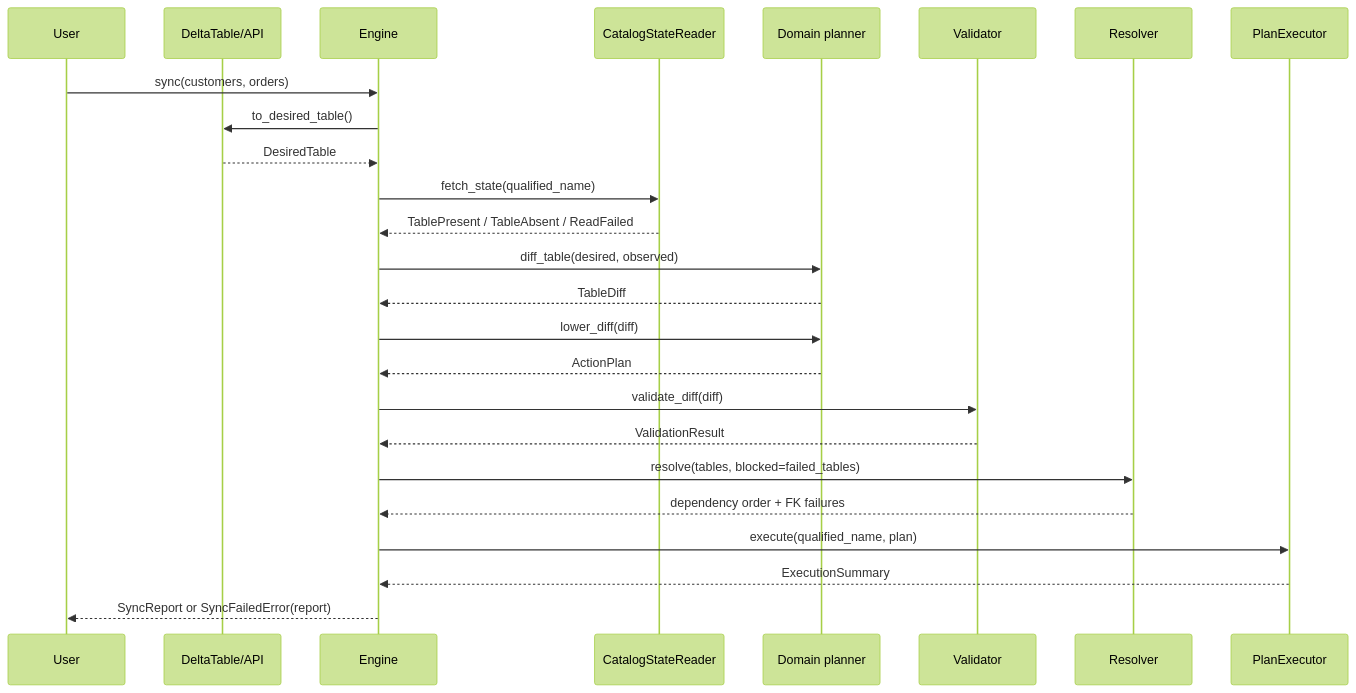
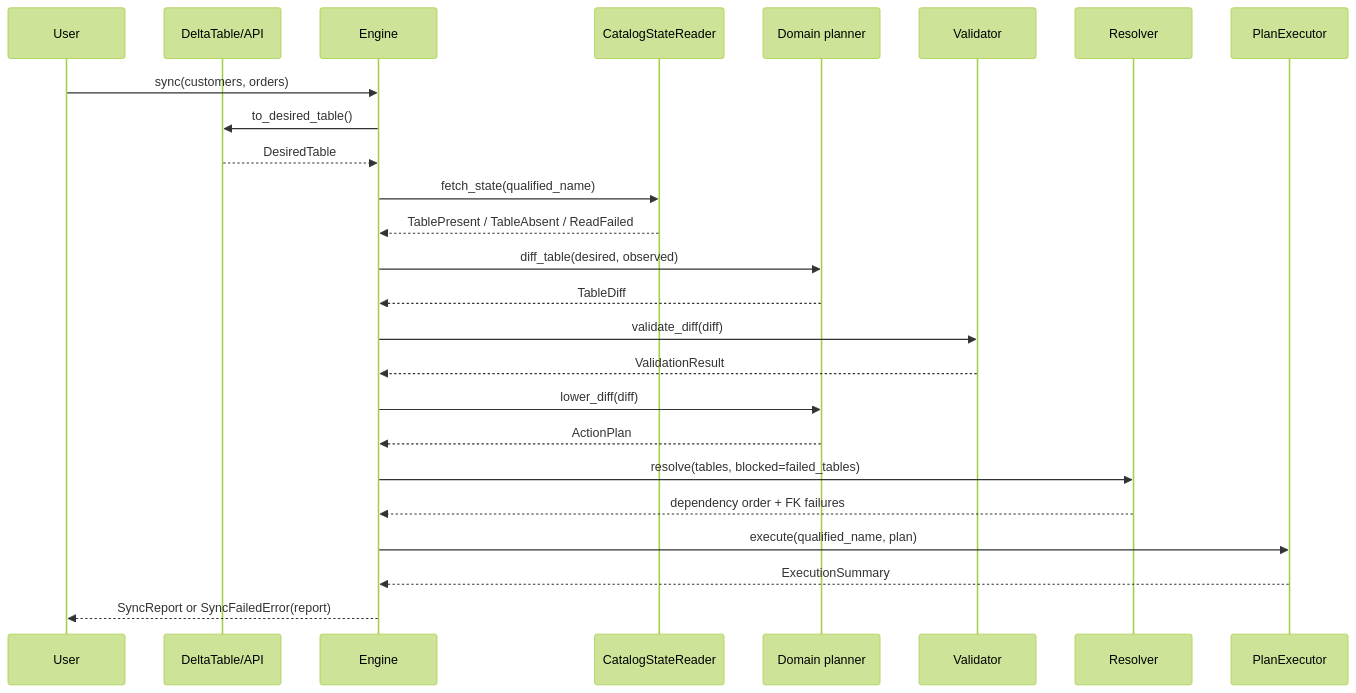
Before and after one commit to Tomoscorbin/delta-engine: the third of 4 diagrams in docs/explanation-architecture.md, drawn with Mermaid (forest theme). The commit also changed other lines of this file and 1 other file, not shown here.

Commit message:
docs: correct validation section and diagram for diff-first pipeline

````diff
--- a/docs/explanation-architecture.md
+++ b/docs/explanation-architecture.md
@@ -76,28 +76,28 @@
 ```mermaid
 sequenceDiagram
     participant User
     participant API as DeltaTable/API
     participant Engine
     participant Reader as CatalogStateReader
     participant Domain as Domain planner
     participant Validator
     participant Resolver
     participant Executor as PlanExecutor
 
     User->>Engine: sync(customers, orders)
     Engine->>API: to_desired_table()
     API-->>Engine: DesiredTable
     Engine->>Reader: fetch_state(qualified_name)
     Reader-->>Engine: TablePresent / TableAbsent / ReadFailed
     Engine->>Domain: diff_table(desired, observed)
     Domain-->>Engine: TableDiff
+    Engine->>Validator: validate_diff(diff)
+    Validator-->>Engine: ValidationResult
     Engine->>Domain: lower_diff(diff)
     Domain-->>Engine: ActionPlan
-    Engine->>Validator: validate_diff(diff)
-    Validator-->>Engine: ValidationResult
     Engine->>Resolver: resolve(tables, blocked=failed_tables)
     Resolver-->>Engine: dependency order + FK failures
     Engine->>Executor: execute(qualified_name, plan)
     Executor-->>Engine: ExecutionSummary
     Engine-->>User: SyncReport or SyncFailedError(report)
 ```
````
